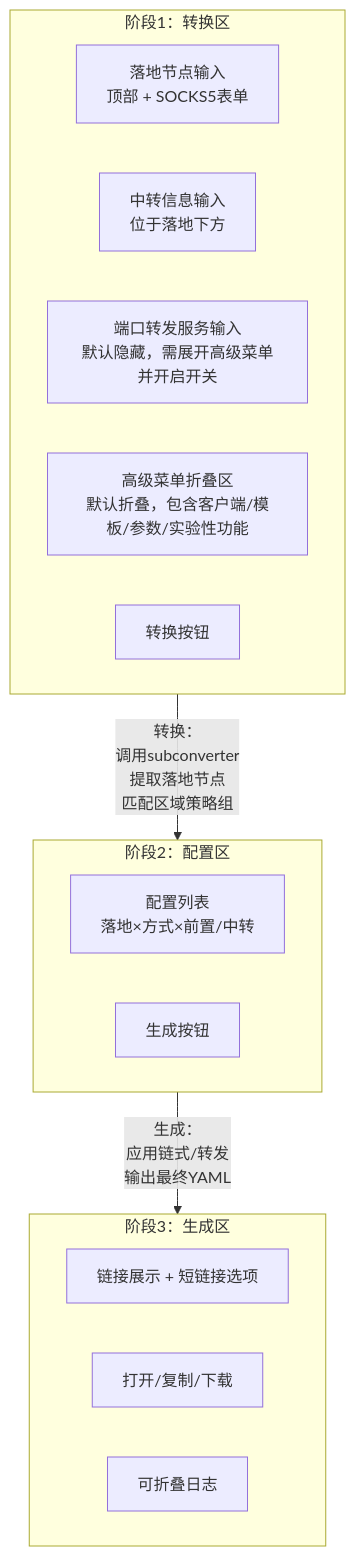
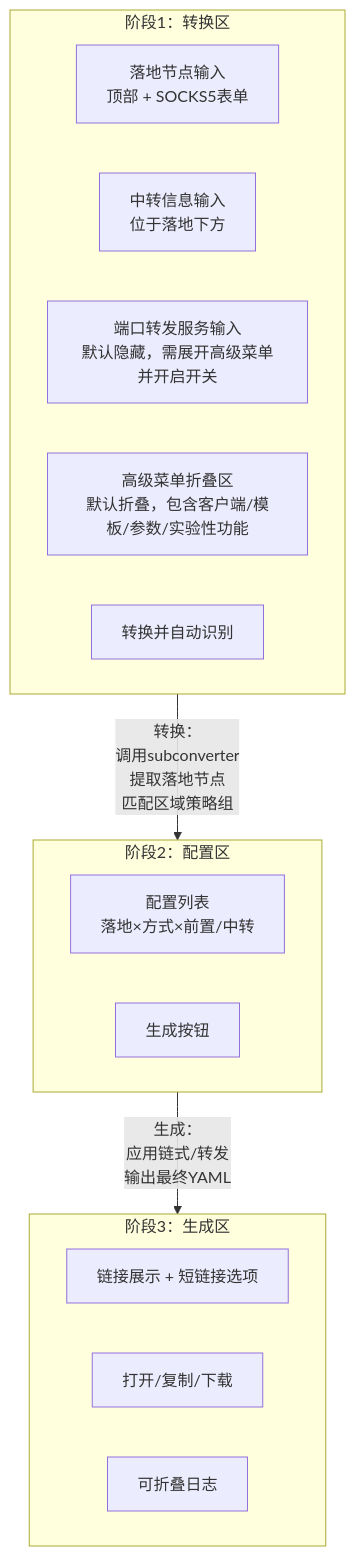
One commit to slackworker/chain-subconverter changed the second of 2 diagrams in docs/spec/01-overview.md. Above: the diagram before and after it, drawn with Mermaid. The commit also changed other lines of this file and 1 other file, not shown here.

````diff
--- a/docs/spec/01-overview.md
+++ b/docs/spec/01-overview.md
@@ -51,24 +51,24 @@
 ```mermaid
 flowchart TD
   subgraph Stage1[阶段1：转换区]
     L1[落地节点输入<br/>顶部 + SOCKS5表单]
     T1[中转信息输入<br/>位于落地下方]
     PF1[端口转发服务输入<br/>默认隐藏，需展开高级菜单并开启开关]
     ADV[高级菜单折叠区<br/>默认折叠，包含客户端/模板/参数/实验性功能]
-    BTN1[转换按钮]
+BTN1[转换并自动识别]
   end
 
   subgraph Stage2[阶段2：配置区]
     LIST[配置列表<br/>落地×方式×前置/中转]
     BTN2[生成按钮]
   end
 
   subgraph Stage3[阶段3：生成区]
     LINK[链接展示 + 短链接选项]
     ACTIONS[打开/复制/下载]
     LOG[可折叠日志]
   end
 
   Stage1 -->|"转换：<br/>调用subconverter<br/>提取落地节点<br/>匹配区域策略组"| Stage2
   Stage2 -->|"生成：<br/>应用链式/转发<br/>输出最终YAML"| Stage3
 ```
````
